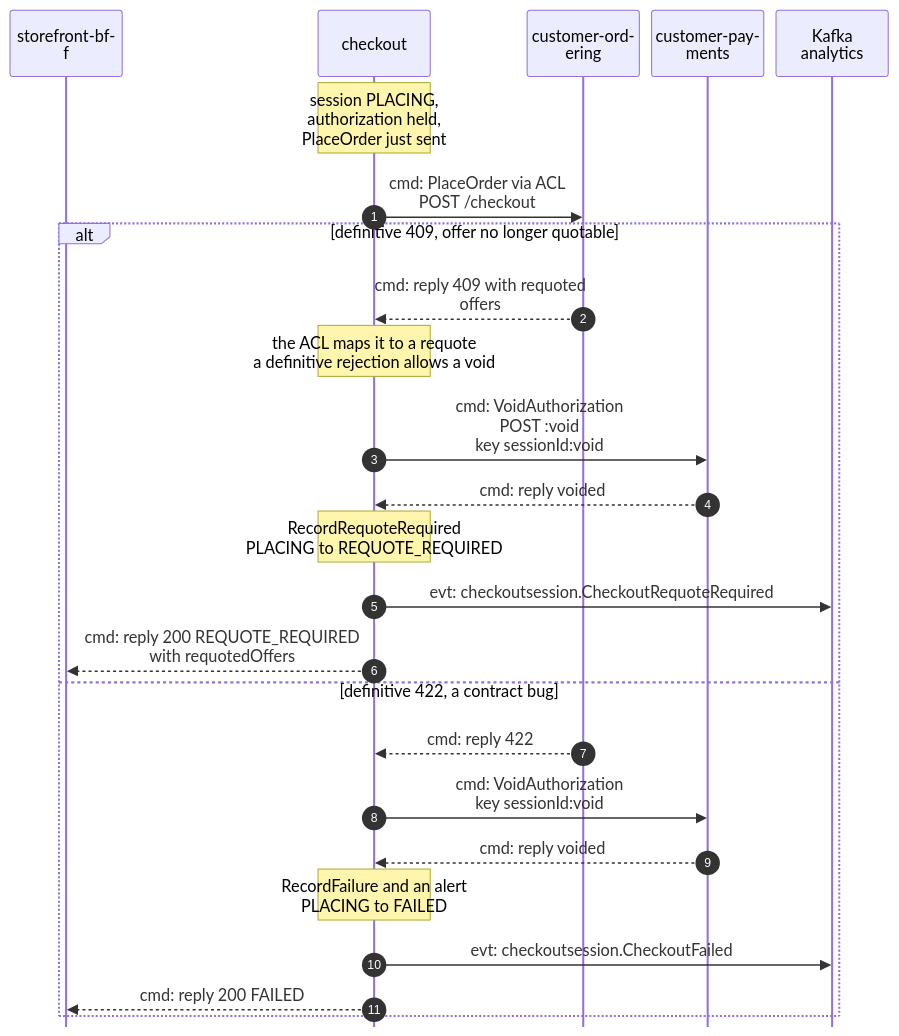
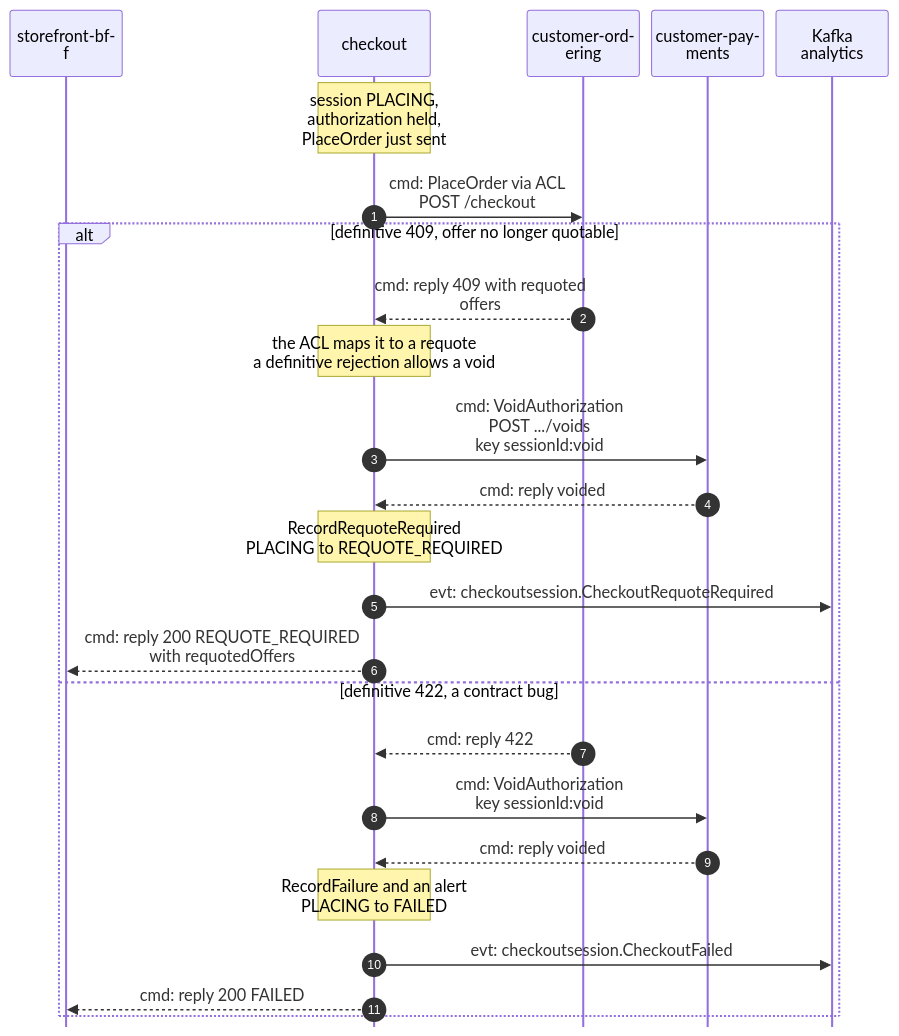
Before and after one commit to IQVO/warehouse-docs: the fourth of 5 diagrams in storefront/docs/contexts/checkout/domain-message-flow.md, drawn with Mermaid. The commit also changed 12 other files, not shown here.

Commit message:
docs(storefront): customer-payments pack follows the ruling (sequential second authorize is 200, duplicate-authorization only on the concurrent race) and current void route

````diff
--- a/storefront/docs/contexts/checkout/domain-message-flow.md
+++ b/storefront/docs/contexts/checkout/domain-message-flow.md
@@ -145,28 +145,28 @@
 ```mermaid
 %%{init: {"sequence": {"wrap": true, "width": 110, "actorMargin": 12, "messageMargin": 28, "boxMargin": 6, "noteMargin": 6, "mirrorActors": false}}}%%
 sequenceDiagram
     autonumber
     participant BFF as storefront-bff
     participant CK as checkout
     participant CO as customer-ordering
     participant CP as customer-payments
     participant K as Kafka analytics
     Note over CK: session PLACING,<br/>authorization held,<br/>PlaceOrder just sent
     CK->>CO: cmd: PlaceOrder via ACL<br/>POST /checkout
     alt definitive 409, offer no longer quotable
         CO-->>CK: cmd: reply 409 with requoted offers
         Note over CK: the ACL maps it to a requote<br/>a definitive rejection allows a void
-        CK->>CP: cmd: VoidAuthorization<br/>POST :void<br/>key sessionId:void
+        CK->>CP: cmd: VoidAuthorization<br/>POST .../voids<br/>key sessionId:void
         CP-->>CK: cmd: reply voided
         Note over CK: RecordRequoteRequired<br/>PLACING to REQUOTE_REQUIRED
         CK->>K: evt: checkoutsession.CheckoutRequoteRequired
         CK-->>BFF: cmd: reply 200 REQUOTE_REQUIRED<br/>with requotedOffers
     else definitive 422, a contract bug
         CO-->>CK: cmd: reply 422
         CK->>CP: cmd: VoidAuthorization<br/>key sessionId:void
         CP-->>CK: cmd: reply voided
         Note over CK: RecordFailure and an alert<br/>PLACING to FAILED
         CK->>K: evt: checkoutsession.CheckoutFailed
         CK-->>BFF: cmd: reply 200 FAILED
     end
 ```
````
